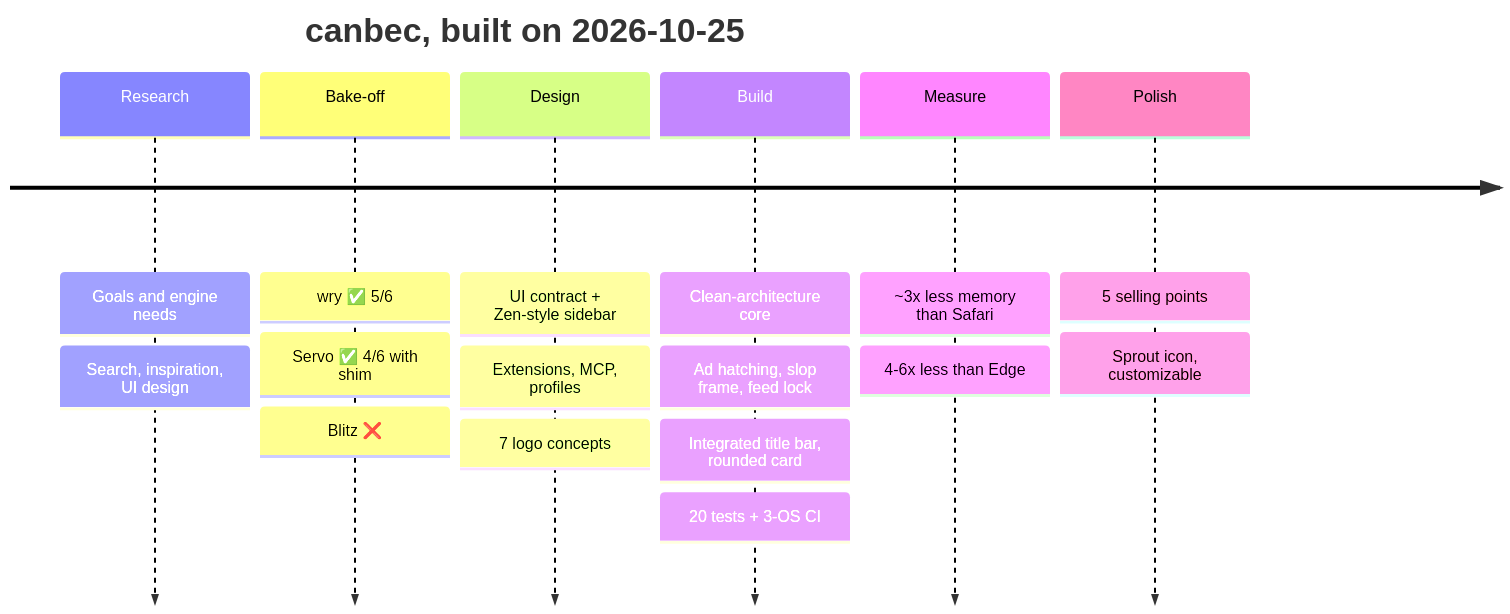
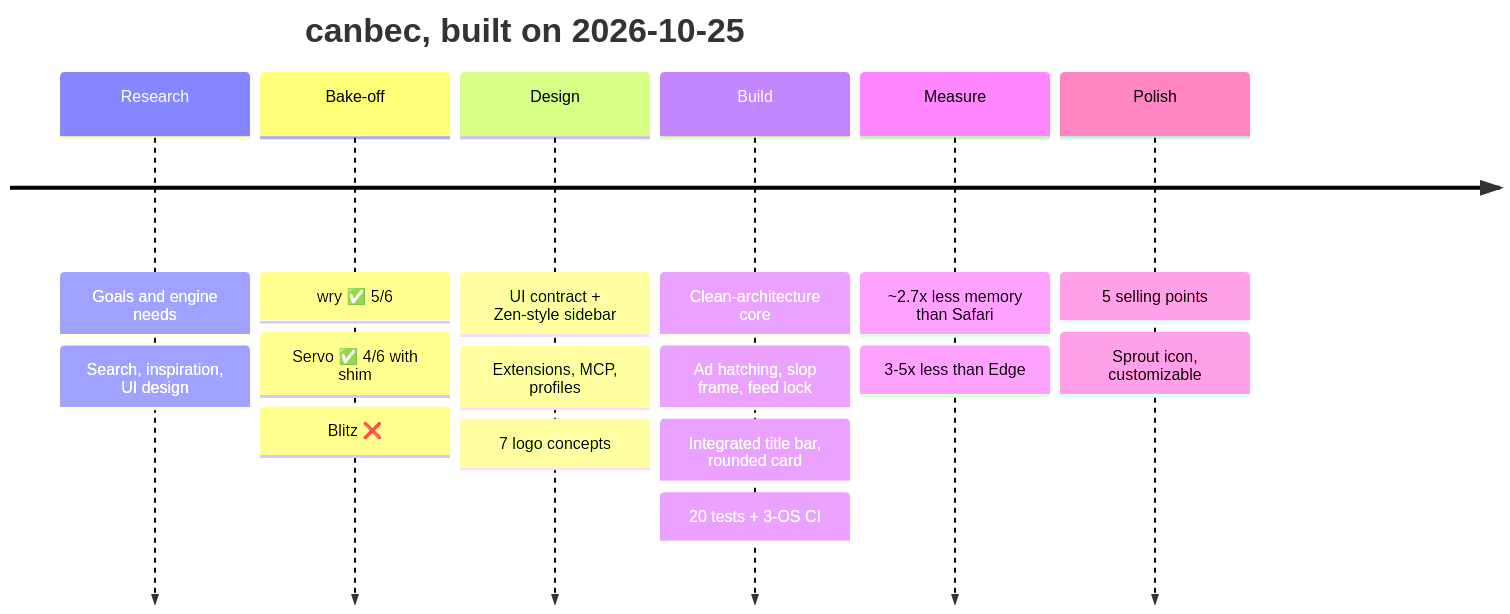
One commit to Cod3rs-org/canbec changed the diagram in README.md. Above: the diagram before and after it, drawn with Mermaid. The commit also changed other lines of this file and 17 other files, not shown here.

````diff
--- a/README.md
+++ b/README.md
@@ -64,20 +64,20 @@
 ```mermaid
 timeline
     title canbec, built on 2026-10-25
     Research : Goals and engine needs
              : Search, inspiration, UI design
     Bake-off : wry ✅ 5/6
              : Servo ✅ 4/6 with shim
              : Blitz ❌
     Design   : UI contract + Zen-style sidebar
              : Extensions, MCP, profiles
              : 7 logo concepts
     Build    : Clean-architecture core
              : Ad hatching, slop frame, feed lock
              : Integrated title bar, rounded card
              : 20 tests + 3-OS CI
-    Measure  : ~3x less memory than Safari
-             : 4-6x less than Edge
+    Measure  : ~2.7x less memory than Safari
+             : 3-5x less than Edge
     Polish   : 5 selling points
              : Sprout icon, customizable
 ```
````
